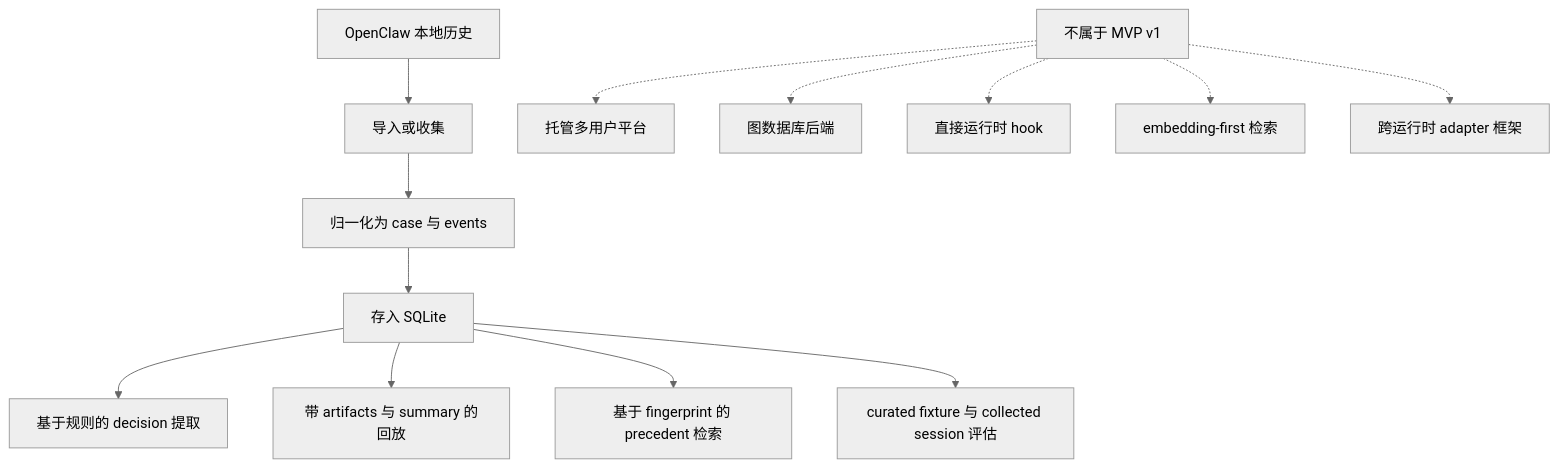
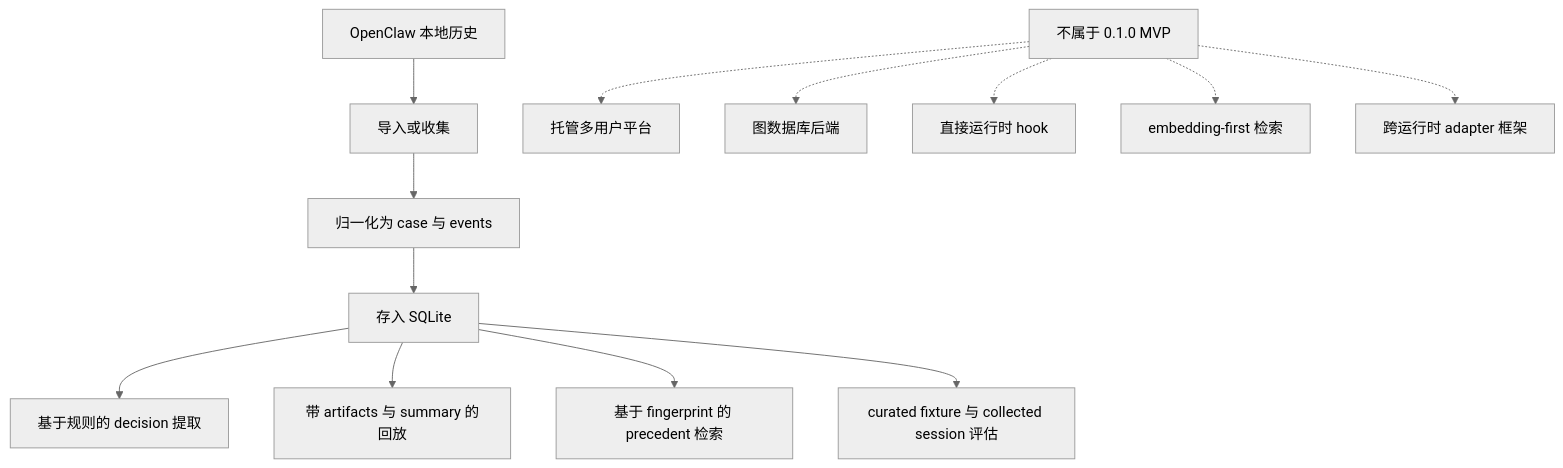
Before and after one commit to openprecedent/openprecedent: the third of 4 diagrams in docs/zh/architecture/mvp-design.md, drawn with Mermaid (neutral theme). The commit also changed other lines of this file and 11 other files, not shown here.

````diff
--- a/docs/zh/architecture/mvp-design.md
+++ b/docs/zh/architecture/mvp-design.md
@@ -168,16 +168,16 @@
 ```mermaid
 flowchart TD
     A[OpenClaw 本地历史] --> B[导入或收集]
     B --> C[归一化为 case 与 events]
     C --> D[存入 SQLite]
     D --> E[基于规则的 decision 提取]
     D --> F[带 artifacts 与 summary 的回放]
     D --> G[基于 fingerprint 的 precedent 检索]
     D --> H[curated fixture 与 collected session 评估]
 
-    X[不属于 MVP v1] -.-> X1[托管多用户平台]
+    X[不属于 0.1.0 MVP] -.-> X1[托管多用户平台]
     X -.-> X2[图数据库后端]
     X -.-> X3[直接运行时 hook]
     X -.-> X4[embedding-first 检索]
     X -.-> X5[跨运行时 adapter 框架]
 ```
````
